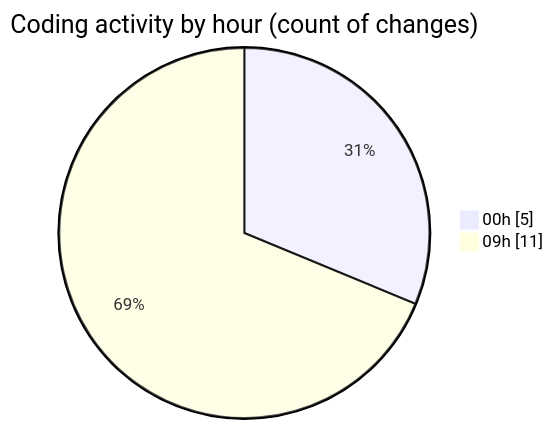
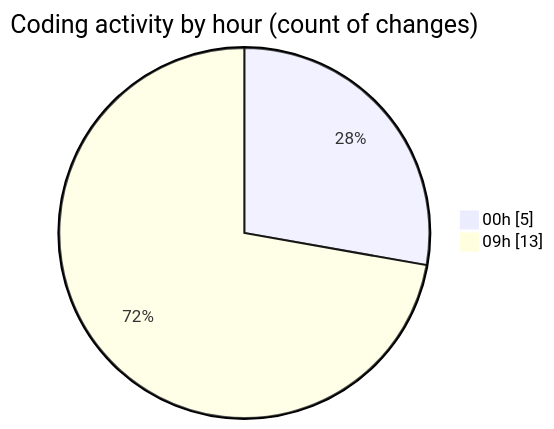
One commit to julien-gomy/code-tracking changed the second of 2 diagrams in 2025-11-19/eventscop-frontend-guide__workspace_/README.md. Above: the diagram before and after it, drawn with Mermaid. The commit also changed other lines of this file and 1 other file, not shown here.

````diff
--- a/2025-11-19/eventscop-frontend-guide__workspace_/README.md
+++ b/2025-11-19/eventscop-frontend-guide__workspace_/README.md
@@ -40,6 +40,6 @@
 ```mermaid
 pie showData
 title Coding activity by hour (count of changes)
 "00h" : 5
-"09h" : 11
+"09h" : 13
 ```
````
